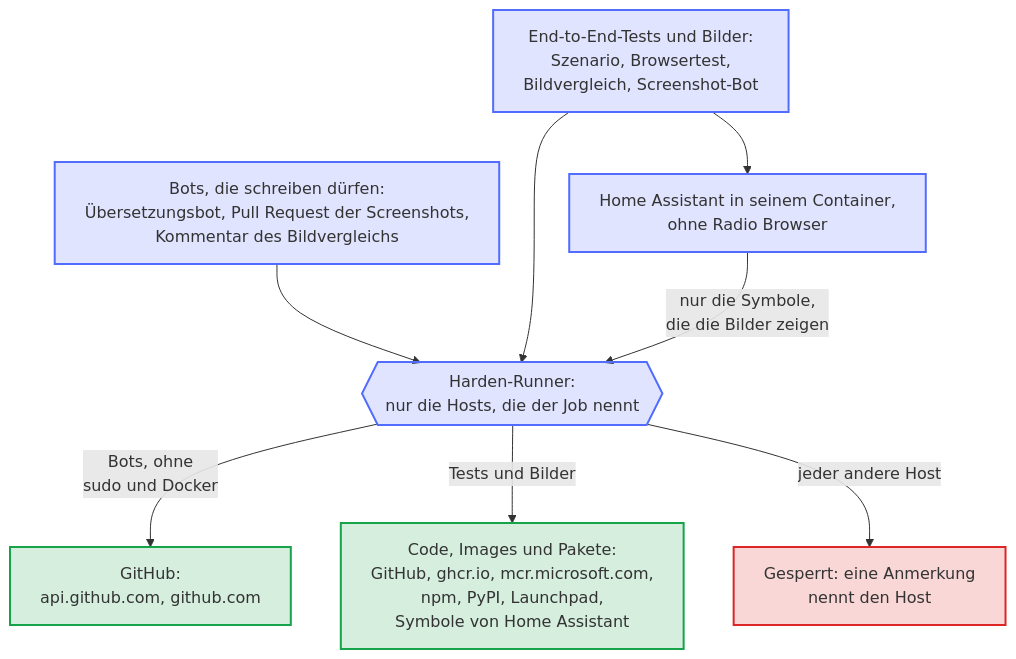
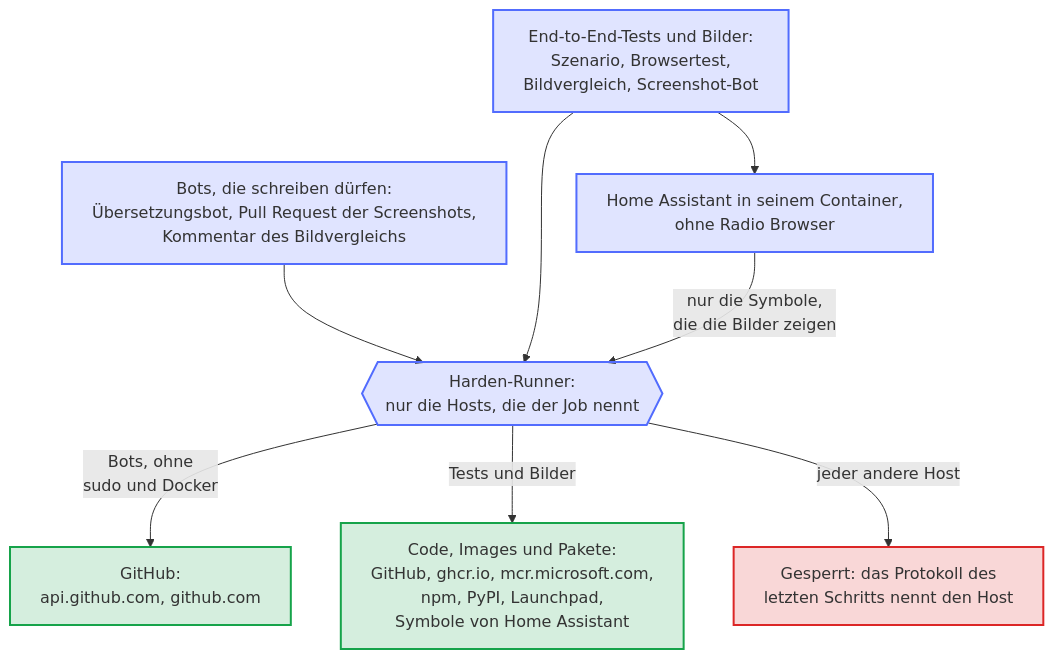
Before and after one commit to Dennis-Otto/ha-autodarts: the diagram in docs/diagrams/job-network.de.mmd, drawn with Mermaid. The commit also changed 9 other files, not shown here.

First line of the commit message:
docs: say where a blocked host shows up, and why the gate warns

```diff
--- a/docs/diagrams/job-network.de.mmd
+++ b/docs/diagrams/job-network.de.mmd
@@ -1,24 +1,24 @@
 ---
 config:
   flowchart:
     wrappingWidth: 400
 ---
 flowchart TB
   accTitle: Welche Hosts die Jobs erreichen
-  accDescr: Harden-Runner, der erste Schritt jedes Jobs der projekteigenen Workflows, lässt einen Job nur die Hosts erreichen, die er nennt. Die Bots, die schreiben dürfen, der Übersetzungsbot, der Pull Request des Screenshot-Bots und der Kommentar des Bildvergleichs, erreichen nur GitHub und laufen ohne sudo und Docker. Die End-to-End-Tests und die Bilder erreichen den Code, die Images von Home Assistant und Playwright und ihre Pakete. Das Home Assistant, das sie starten, hat kein Radio Browser und ruft nichts im Internet auf, außer den Symbolen, die die Bilder zeigen. Jeder andere Host ist gesperrt, und eine Anmerkung nennt ihn.
+  accDescr: Harden-Runner, der erste Schritt jedes Jobs der projekteigenen Workflows, lässt einen Job nur die Hosts erreichen, die er nennt. Die Bots, die schreiben dürfen, der Übersetzungsbot, der Pull Request des Screenshot-Bots und der Kommentar des Bildvergleichs, erreichen nur GitHub und laufen ohne sudo und Docker. Die End-to-End-Tests und die Bilder erreichen den Code, die Images von Home Assistant und Playwright und ihre Pakete. Das Home Assistant, das sie starten, hat kein Radio Browser und ruft nichts im Internet auf, außer den Symbolen, die die Bilder zeigen. Jeder andere Host ist gesperrt, und das Protokoll des letzten Schritts des Jobs nennt ihn.
 
   BOTS["Bots, die schreiben dürfen:<br/>Übersetzungsbot, Pull Request der Screenshots,<br/>Kommentar des Bildvergleichs"] --> HR
   TESTS["End-to-End-Tests und Bilder:<br/>Szenario, Browsertest,<br/>Bildvergleich, Screenshot-Bot"] --> HR
   TESTS --> HA["Home Assistant in seinem Container,<br/>ohne Radio Browser"]
   HA -- "nur die Symbole,<br/>die die Bilder zeigen" --> HR
   HR{{"Harden-Runner:<br/>nur die Hosts, die der Job nennt"}}
   HR -- "Bots, ohne<br/>sudo und Docker" --> GITHUB["GitHub:<br/>api.github.com, github.com"]
   HR -- "Tests und Bilder" --> PACKAGES["Code, Images und Pakete:<br/>GitHub, ghcr.io, mcr.microsoft.com,<br/>npm, PyPI, Launchpad,<br/>Symbole von Home Assistant"]
-  HR -- "jeder andere Host" --> BLOCKED["Gesperrt: eine Anmerkung<br/>nennt den Host"]
+  HR -- "jeder andere Host" --> BLOCKED["Gesperrt: das Protokoll des<br/>letzten Schritts nennt den Host"]
 
   classDef bot fill:#526cfe2e,stroke:#526cfe,stroke-width:2px
   classDef done fill:#16a34a2e,stroke:#16a34a,stroke-width:2px
   classDef failed fill:#dc26262e,stroke:#dc2626,stroke-width:2px
   class BOTS,TESTS,HA,HR bot
   class GITHUB,PACKAGES done
   class BLOCKED failed
```
